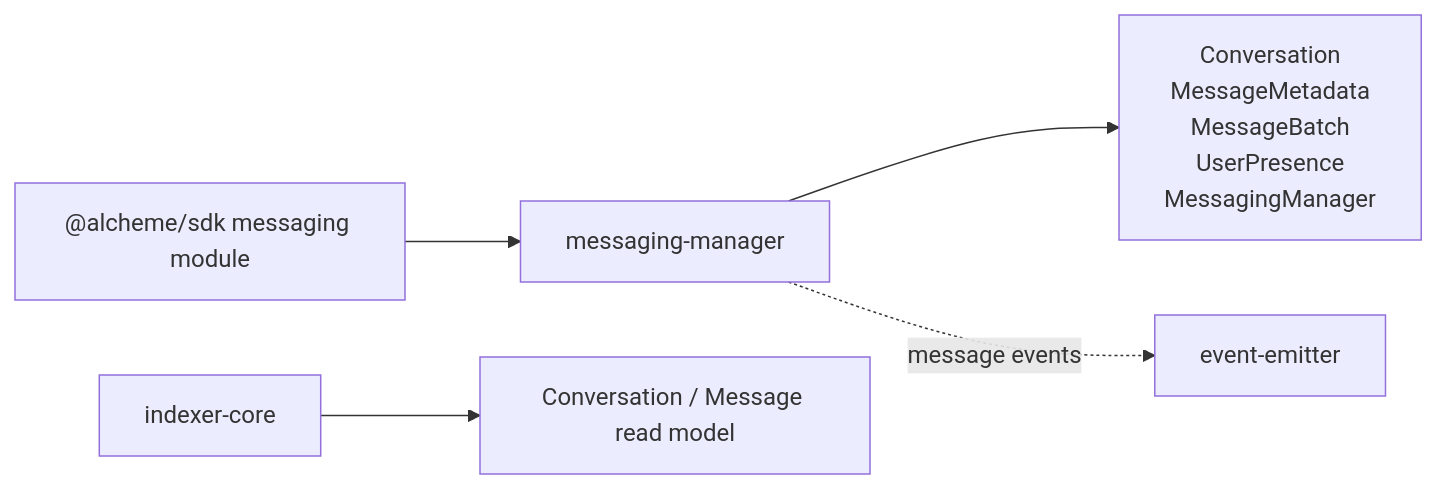
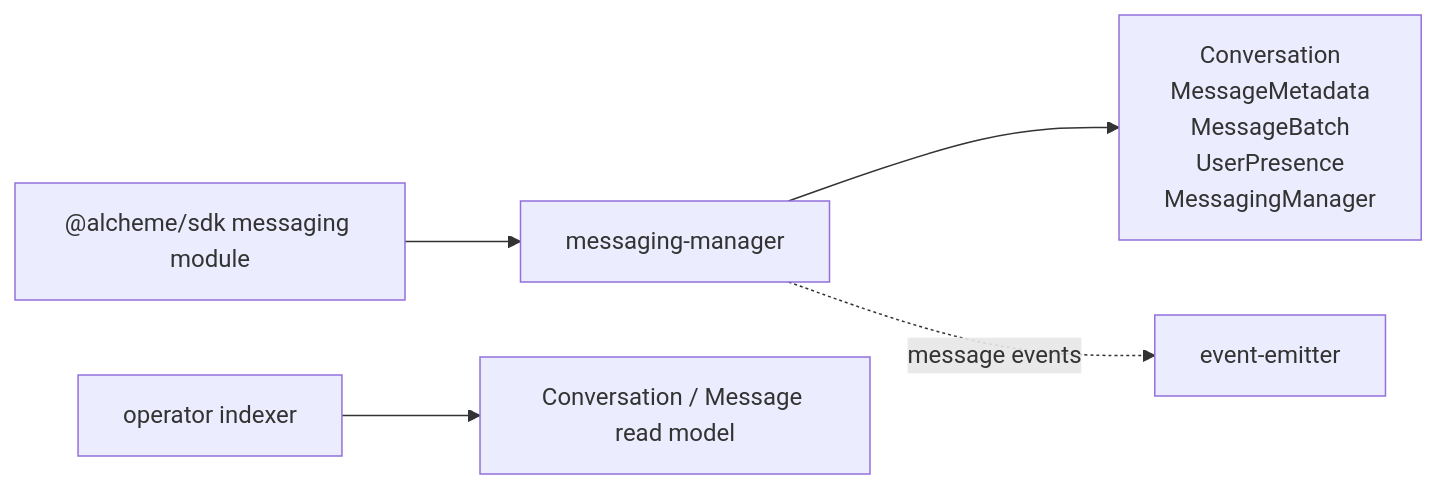
One commit to alcheme-labs/alcheme-protocol changed the first of 2 diagrams in programs/messaging-manager/README.md. Above: the diagram before and after it, drawn with Mermaid. The commit also changed other lines of this file and 11 other files, not shown here.

````diff
--- a/programs/messaging-manager/README.md
+++ b/programs/messaging-manager/README.md
@@ -9,7 +9,7 @@
 ```mermaid
 flowchart LR
     sdk["@alcheme/sdk messaging module"] --> program["messaging-manager"]
     program --> accounts["Conversation\nMessageMetadata\nMessageBatch\nUserPresence\nMessagingManager"]
     program -. "message events" .-> event["event-emitter"]
-    indexer["indexer-core"] --> readmodel["Conversation / Message read model"]
+    indexer["operator indexer"] --> readmodel["Conversation / Message read model"]
 ```
````
